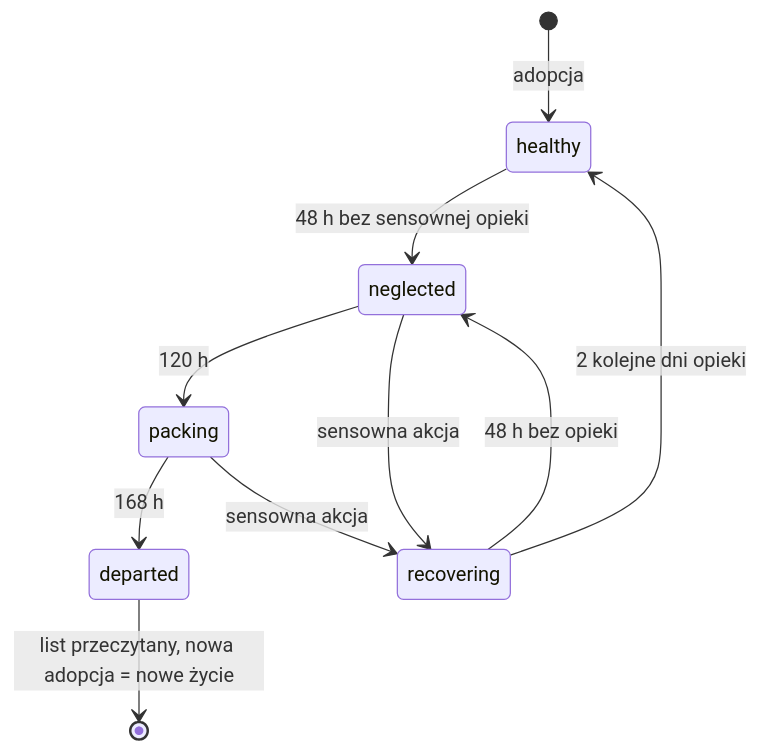
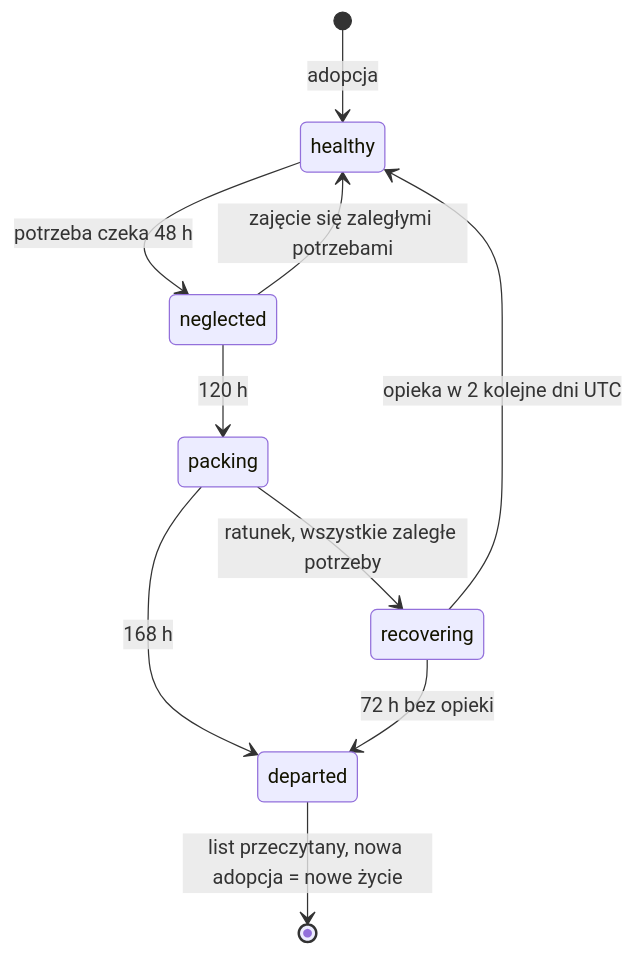
Before and after one commit to PepecoinHub/pepecoinhub.github.io: the first of 5 diagrams in docs/design/pepegochi-v2/TECH_PLAN.md, drawn with Mermaid. The commit also changed other lines of this file, not shown here.

````diff
--- a/docs/design/pepegochi-v2/TECH_PLAN.md
+++ b/docs/design/pepegochi-v2/TECH_PLAN.md
@@ -176,12 +185,12 @@
 ```mermaid
 stateDiagram-v2
   [*] --> healthy: adopcja
-  healthy --> neglected: 48 h bez sensownej opieki
+  healthy --> neglected: potrzeba czeka 48 h
+  neglected --> healthy: zajęcie się zaległymi potrzebami
   neglected --> packing: 120 h
+  packing --> recovering: ratunek, wszystkie zaległe potrzeby
   packing --> departed: 168 h
-  neglected --> recovering: sensowna akcja
-  packing --> recovering: sensowna akcja
-  recovering --> healthy: 2 kolejne dni opieki
-  recovering --> neglected: 48 h bez opieki
+  recovering --> healthy: opieka w 2 kolejne dni UTC
+  recovering --> departed: 72 h bez opieki
   departed --> [*]: list przeczytany, nowa adopcja = nowe życie
 ```
````
